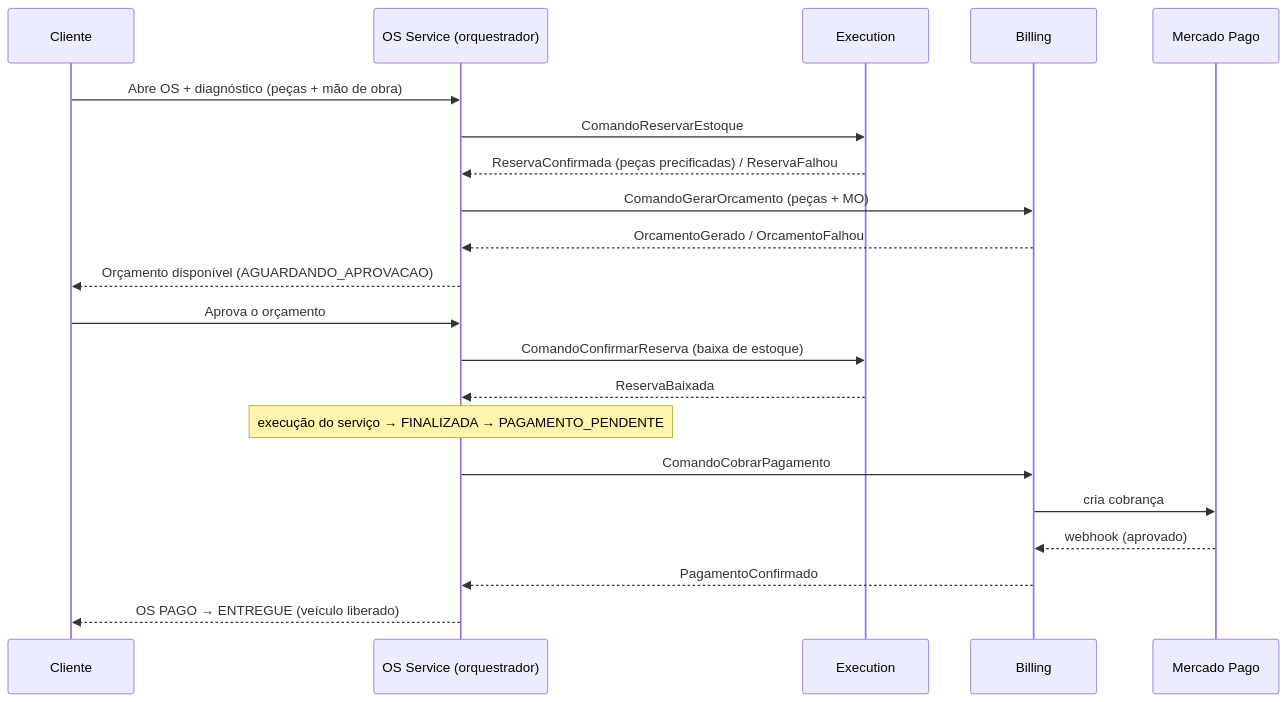
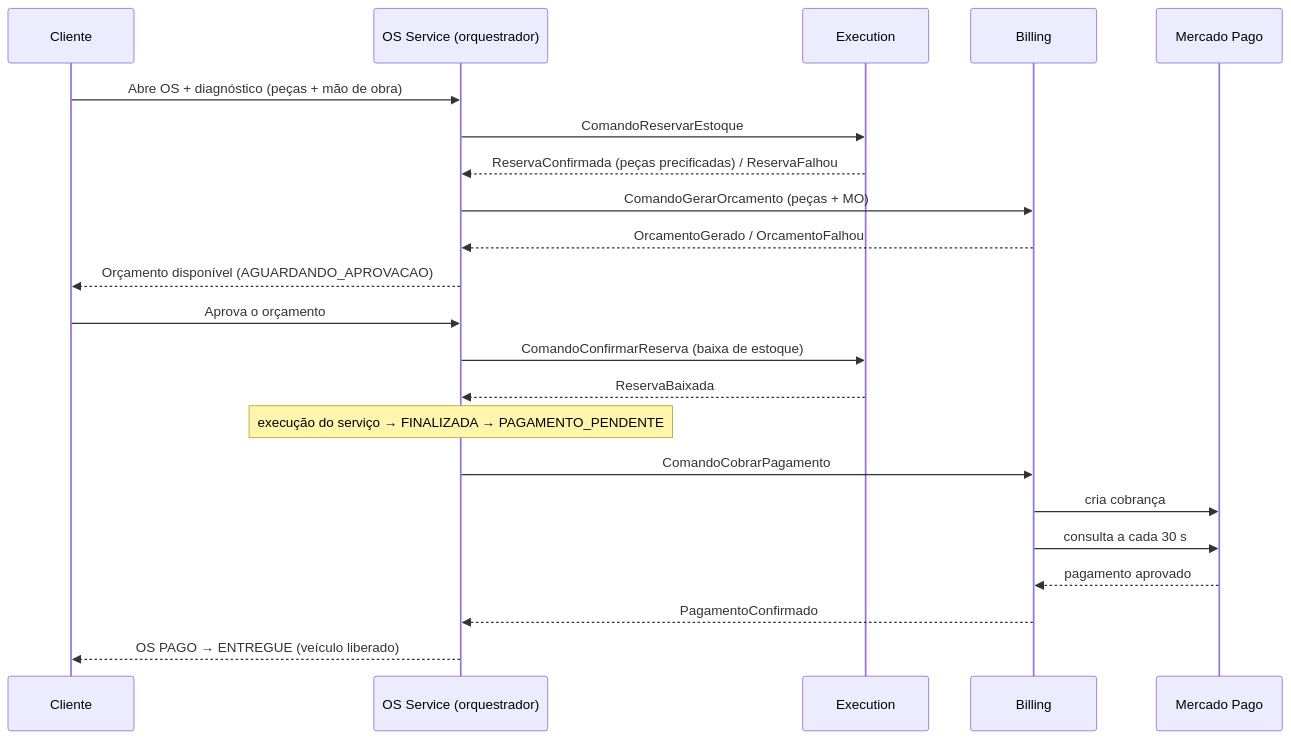
Before and after one commit to TechChalleng-FIAP-SOAT/workbench-technical-documentation: the second of 3 diagrams in 01 - Arquitetura/Arquitetura e Saga - Visao Completa.md, drawn with Mermaid. The commit also changed other lines of this file and 12 other files, not shown here.

````diff
--- a/01 - Arquitetura/Arquitetura e Saga - Visao Completa.md
+++ b/01 - Arquitetura/Arquitetura e Saga - Visao Completa.md
@@ -225,24 +225,25 @@
 ```mermaid
 sequenceDiagram
     participant C as Cliente
     participant OS as OS Service (orquestrador)
     participant EX as Execution
     participant BI as Billing
     participant MP as Mercado Pago
 
     C->>OS: Abre OS + diagnóstico (peças + mão de obra)
     OS->>EX: ComandoReservarEstoque
     EX-->>OS: ReservaConfirmada (peças precificadas) / ReservaFalhou
     OS->>BI: ComandoGerarOrcamento (peças + MO)
     BI-->>OS: OrcamentoGerado / OrcamentoFalhou
     OS-->>C: Orçamento disponível (AGUARDANDO_APROVACAO)
     C->>OS: Aprova o orçamento
     OS->>EX: ComandoConfirmarReserva (baixa de estoque)
     EX-->>OS: ReservaBaixada
     Note over OS: execução do serviço → FINALIZADA → PAGAMENTO_PENDENTE
     OS->>BI: ComandoCobrarPagamento
     BI->>MP: cria cobrança
-    MP-->>BI: webhook (aprovado)
+    BI->>MP: consulta a cada 30 s
+    MP-->>BI: pagamento aprovado
     BI-->>OS: PagamentoConfirmado
     OS-->>C: OS PAGO → ENTREGUE (veículo liberado)
 ```
````
